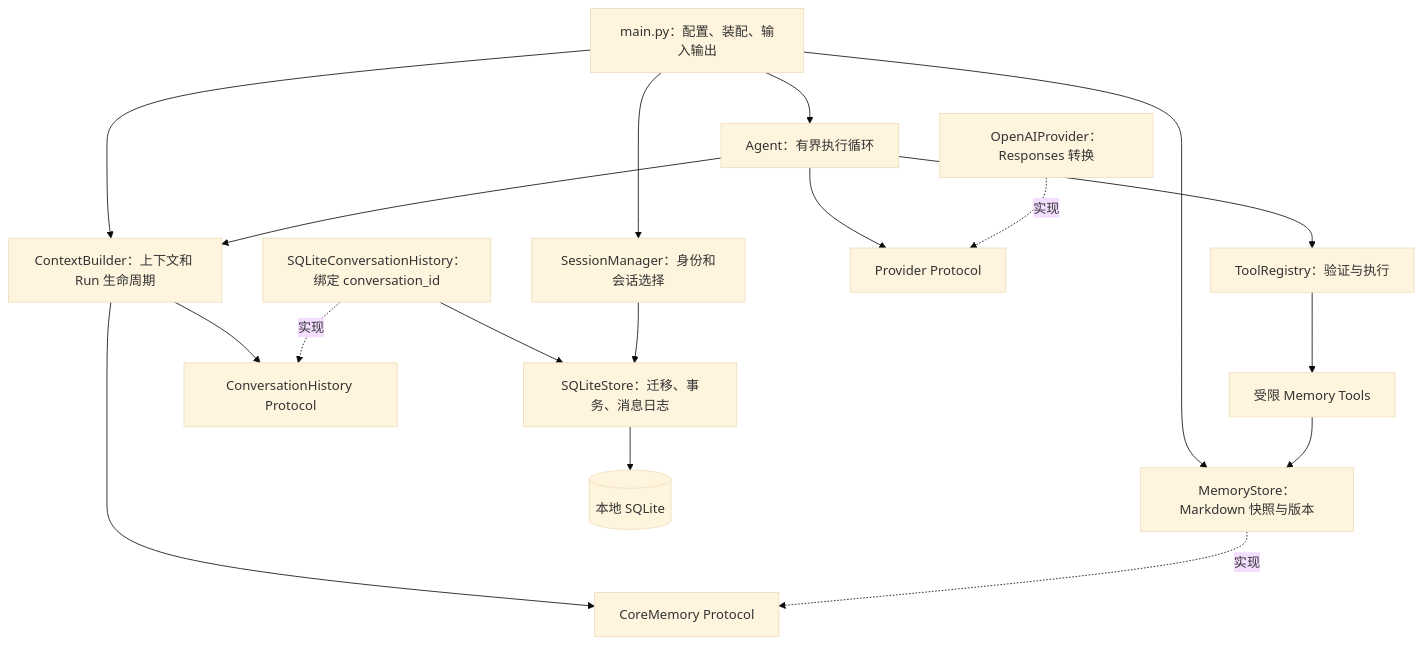
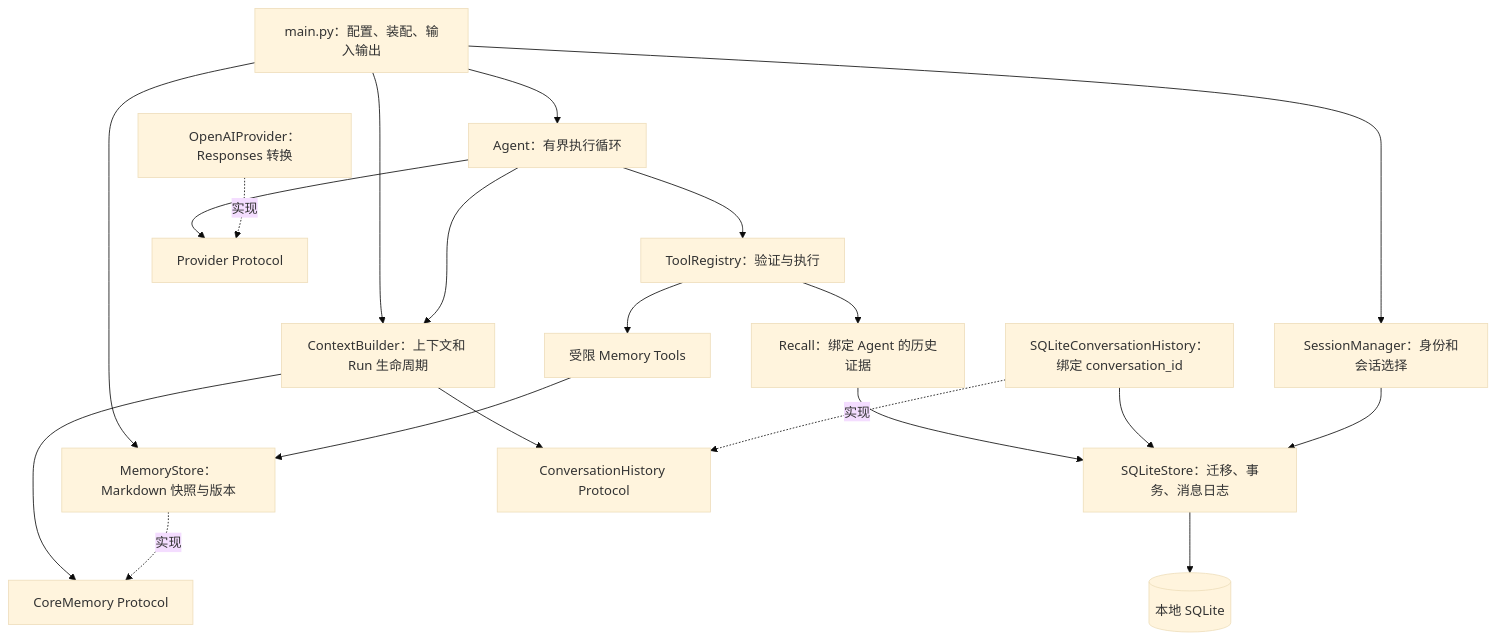
One commit to KindofCrazy/heybuddy changed the second of 6 diagrams in docs/architecture.md. Above: the diagram before and after it, drawn with Mermaid (base theme). The commit also changed other lines of this file and 24 other files, not shown here.

````diff
--- a/docs/architecture.md
+++ b/docs/architecture.md
@@ -34,20 +34,22 @@
 ```mermaid
 flowchart TD
     CLI["main.py：配置、装配、输入输出"] --> Sessions["SessionManager：身份和会话选择"]
     CLI --> Runtime["Agent：有界执行循环"]
     CLI --> Context["ContextBuilder：上下文和 Run 生命周期"]
     CLI --> Memory["MemoryStore：Markdown 快照与版本"]
     Context --> Reader["CoreMemory Protocol"]
     Memory -. "实现" .-> Reader
     MemoryTools["受限 Memory Tools"] --> Memory
     Tools --> MemoryTools
+    Tools --> Recall["Recall：绑定 Agent 的历史证据"]
+    Recall --> Store
     Runtime --> Context
     Runtime --> Provider["Provider Protocol"]
     Runtime --> Tools["ToolRegistry：验证与执行"]
     Context --> History["ConversationHistory Protocol"]
     Adapter["SQLiteConversationHistory：绑定 conversation_id"] -. "实现" .-> History
     Adapter --> Store["SQLiteStore：迁移、事务、消息日志"]
     Sessions --> Store
     OpenAI["OpenAIProvider：Responses 转换"] -. "实现" .-> Provider
     Store --> DB[("本地 SQLite")]
 ```
````
